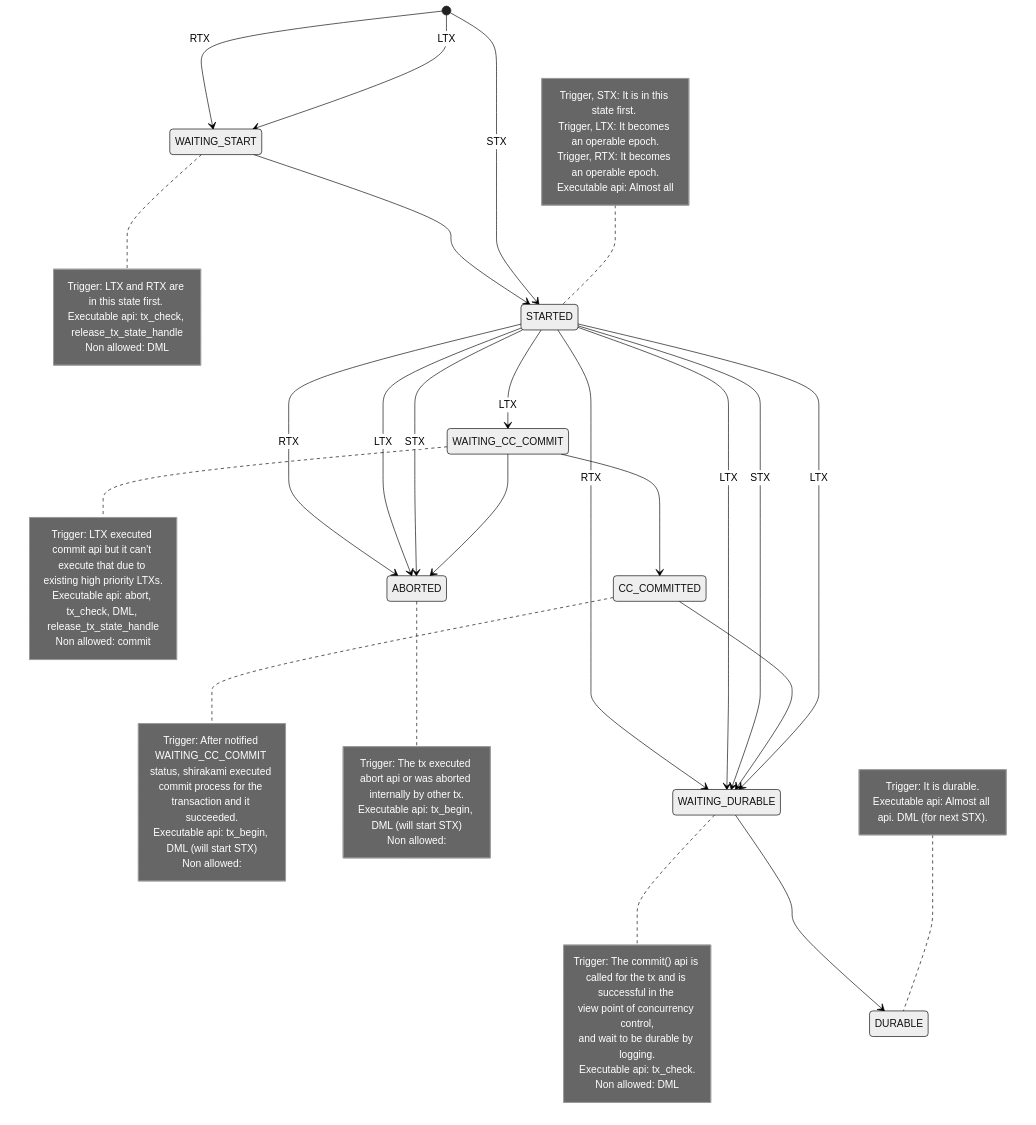
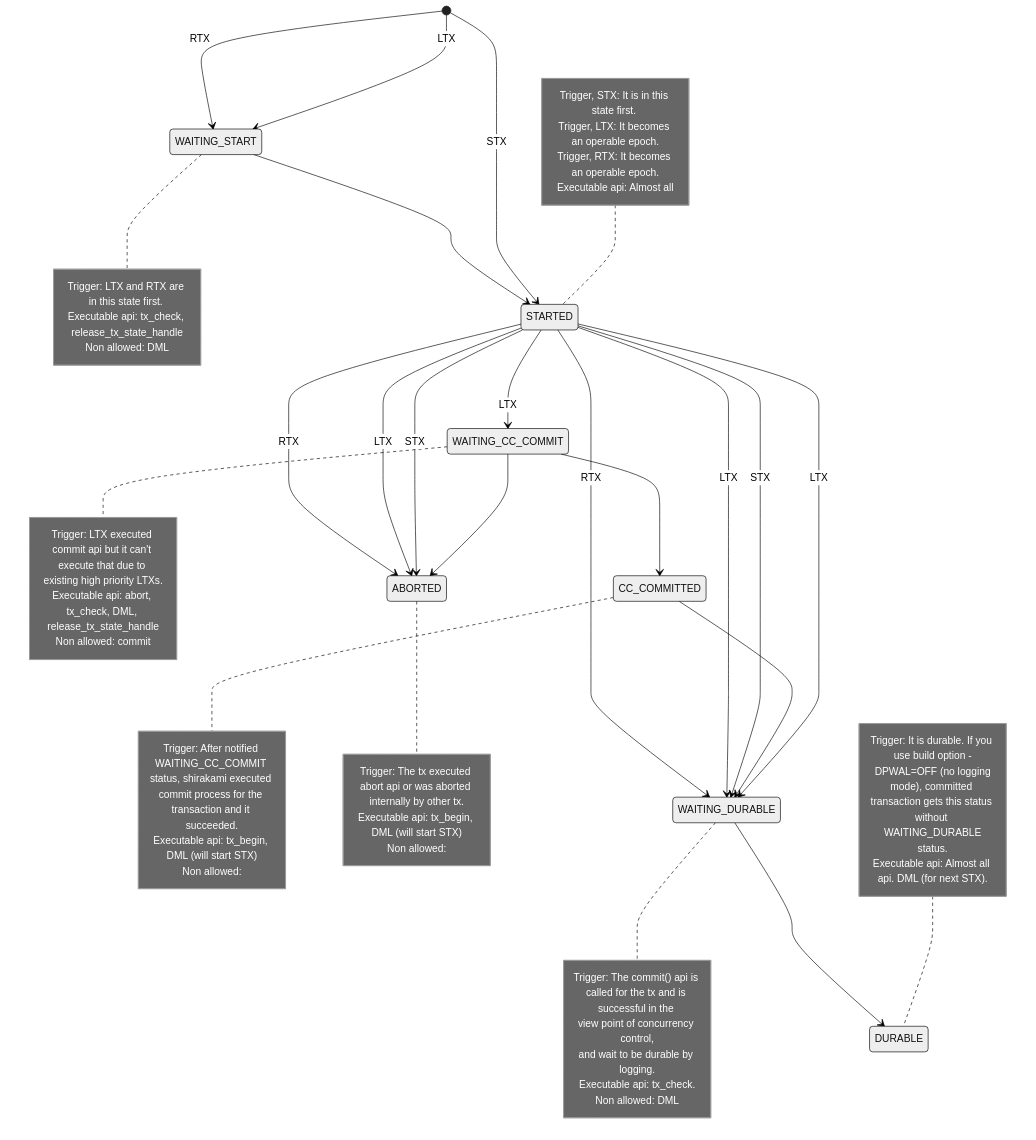
Before and after one commit to project-tsurugi/shirakami: the diagram in docs/transaction_state.md, drawn with Mermaid (neutral theme).

Commit message:
fix document

````diff
--- a/docs/transaction_state.md
+++ b/docs/transaction_state.md
@@ -9,66 +9,68 @@
 ```mermaid
 stateDiagram-v2
     WAITING_START
     note right of WAITING_START
         Trigger: LTX and RTX are in this state first. 
         Executable api: tx_check, release_tx_state_handle
         Non allowed: DML
     end note
     STARTED
     note left of STARTED
         Trigger, STX: It is in this state first. 
         Trigger, LTX: It becomes an operable epoch.
         Trigger, RTX: It becomes an operable epoch.
         Executable api: Almost all
     end note
     WAITING_CC_COMMIT
     note right of WAITING_CC_COMMIT
         Trigger: LTX executed commit api but it can't execute that due to 
         existing high priority LTXs.
         Executable api: abort, tx_check, DML, release_tx_state_handle
         Non allowed: commit
     end note
     CC_COMMITTED
     note right of CC_COMMITTED
         Trigger: After notified WAITING_CC_COMMIT status, shirakami executed 
         commit process for the transaction and it succeeded.
         Executable api: tx_begin, DML (will start STX)
         Non allowed:
     end note
     ABORTED
     note right of ABORTED
         Trigger: The tx executed abort api or was aborted internally by other tx.
         Executable api: tx_begin, DML (will start STX)
         Non allowed:
     end note
     WAITING_DURABLE
     note right of WAITING_DURABLE
         Trigger: The commit() api is called for the tx and is successful in the 
         view point of concurrency control,
         and wait to be durable by logging.
         Executable api: tx_check.
         Non allowed: DML
     end note
     DURABLE
     note left of DURABLE
-        Trigger: It is durable.
+        Trigger: It is durable. If you use build option -DPWAL=OFF (no logging
+        mode), committed transaction gets this status without WAITING_DURABLE
+        status.
         Executable api: Almost all api. DML (for next STX).
     end note
 
     [*] --> STARTED: STX
     [*] --> WAITING_START: LTX
     [*] --> WAITING_START: RTX
     WAITING_START --> STARTED
     STARTED --> WAITING_DURABLE: LTX
     STARTED --> WAITING_CC_COMMIT: LTX
     WAITING_CC_COMMIT --> CC_COMMITTED
     WAITING_CC_COMMIT --> ABORTED
     CC_COMMITTED --> WAITING_DURABLE
     STARTED --> WAITING_DURABLE: STX
     STARTED --> WAITING_DURABLE: LTX
     STARTED --> WAITING_DURABLE: RTX
     STARTED --> ABORTED: STX
     STARTED --> ABORTED: LTX
     STARTED --> ABORTED: RTX
     WAITING_DURABLE --> DURABLE
 ```
````
